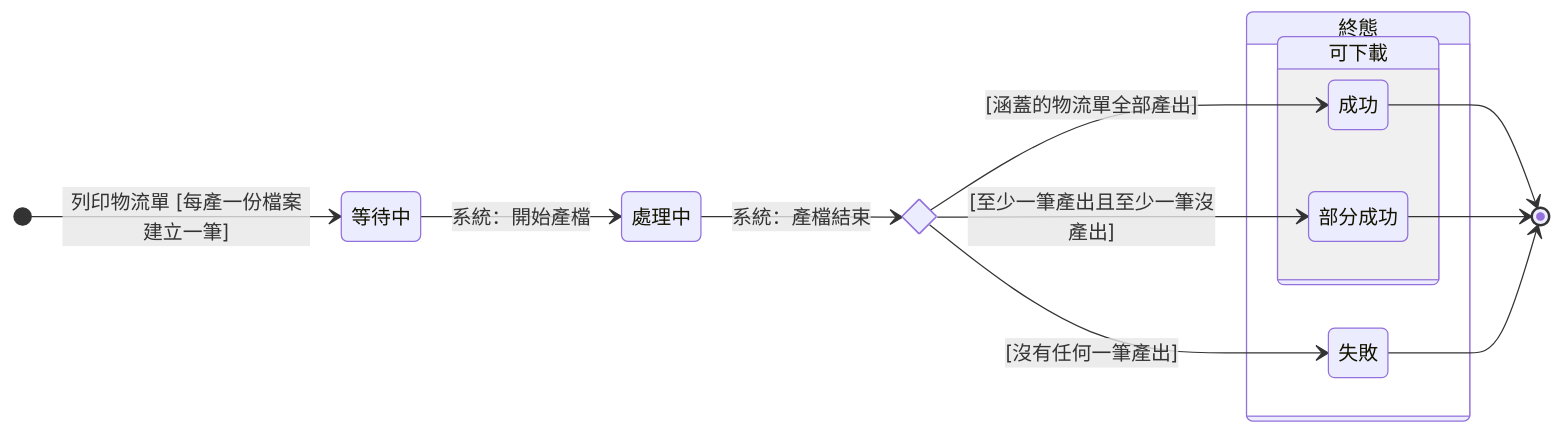
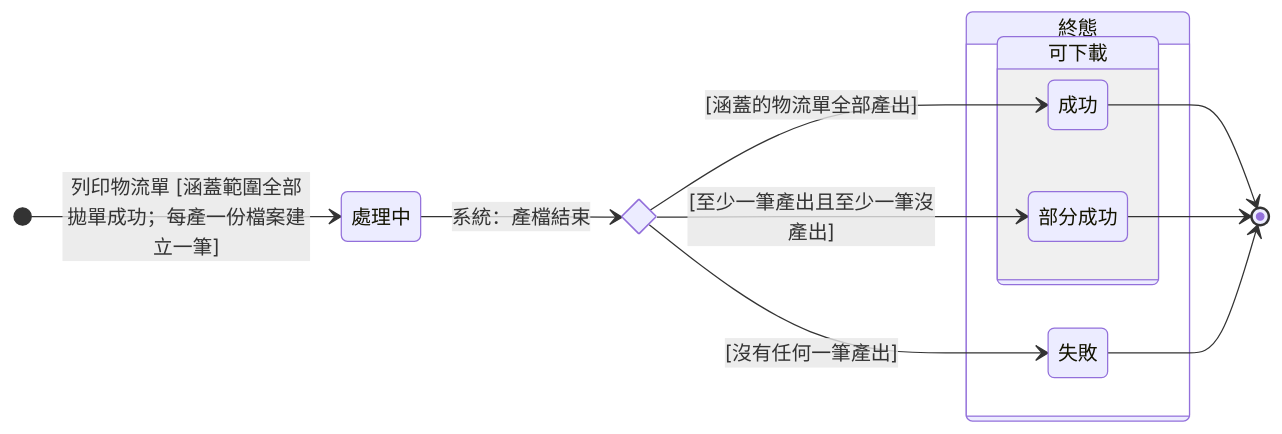
Before and after one commit to Kawato-Miles/erp-spec: the diagram in memory/Sens_wiki/wiki/erp/06-state-machines/下載檔案狀態.md, drawn with Mermaid. The commit also changed other lines of this file and 51 other files, not shown here.

````diff
--- a/memory/Sens_wiki/wiki/erp/06-state-machines/下載檔案狀態.md
+++ b/memory/Sens_wiki/wiki/erp/06-state-machines/下載檔案狀態.md
@@ -38,31 +38,29 @@
 ```mermaid
 stateDiagram-v2
     direction LR
 
-    state "等待中" as d_waiting
     state "處理中" as d_processing
 
-    [*] --> d_waiting : 列印物流單 [每產一份檔案建立一筆]
+    [*] --> d_processing : 列印物流單 [涵蓋範圍全部拋單成功；每產一份檔案建立一筆]
 
     state "終態" as Final {
         direction LR
         state "可下載" as Downloadable {
             direction LR
             state "成功" as d_success
             state "部分成功" as d_partial
         }
         state "失敗" as d_failed
     }
 
     state result <<choice>>
 
-    d_waiting --> d_processing : 系統：開始產檔
     d_processing --> result : 系統：產檔結束
     result --> d_success : [涵蓋的物流單全部產出]
     result --> d_partial : [至少一筆產出且至少一筆沒產出]
     result --> d_failed : [沒有任何一筆產出]
 
     d_success --> [*]
     d_partial --> [*]
     d_failed --> [*]
 ```
````
